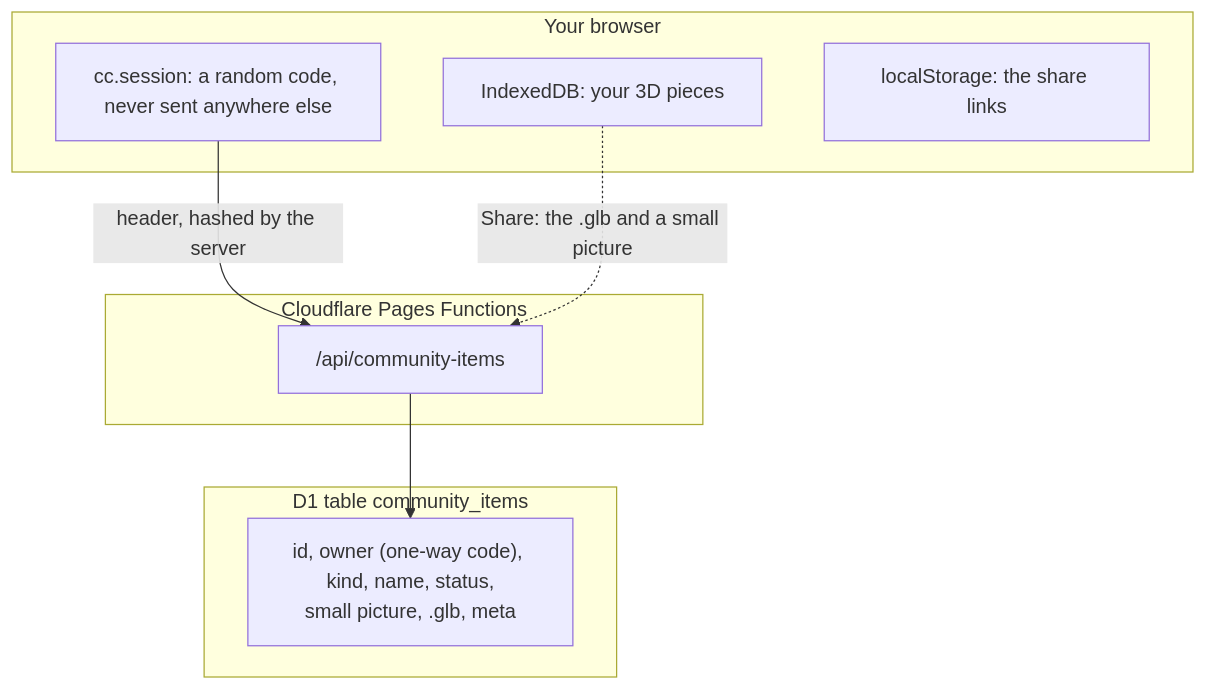
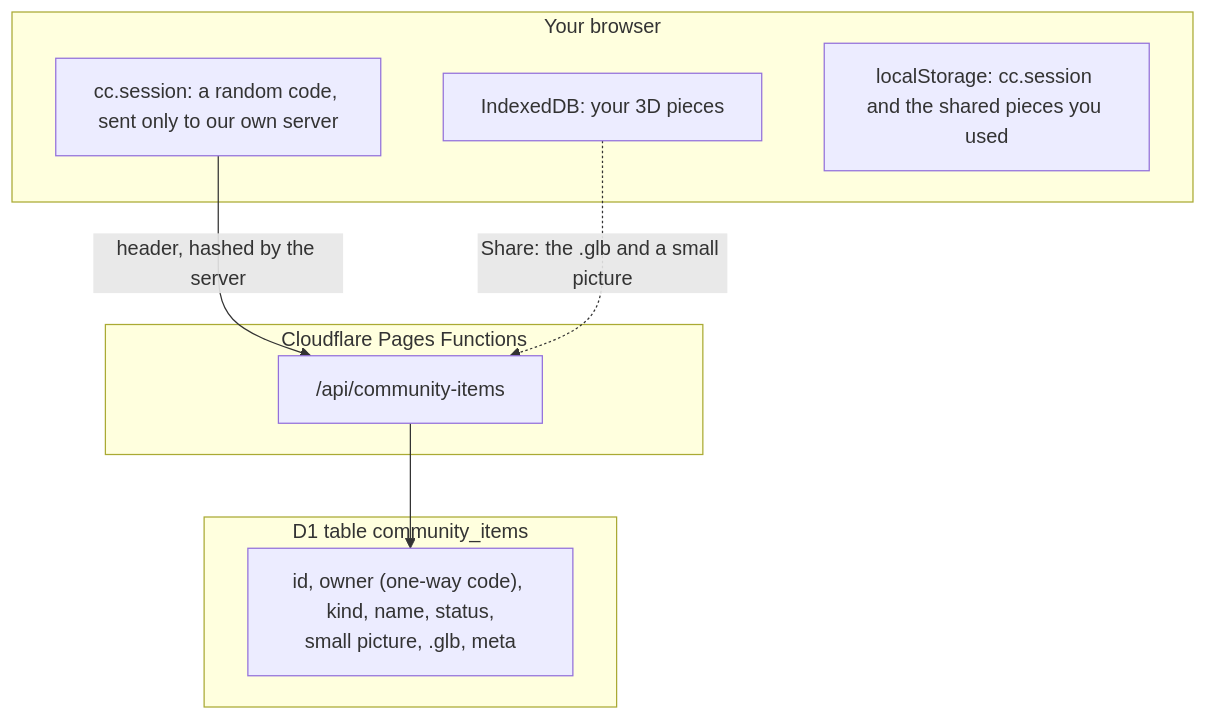
Before and after one commit to gitgithan/conquercourse: the third of 4 diagrams in docs/community-flow-guide.md, drawn with Mermaid. The commit also changed other lines of this file and 4 other files, not shown here.

````diff
--- a/docs/community-flow-guide.md
+++ b/docs/community-flow-guide.md
@@ -118,17 +118,17 @@
 ```mermaid
 flowchart TB
   subgraph Browser["Your browser"]
-    S["cc.session: a random code, never sent anywhere else"]
+    S["cc.session: a random code, sent only to our own server"]
     IDB["IndexedDB: your 3D pieces"]
-    LS["localStorage: the share links"]
+    LS["localStorage: cc.session and the shared pieces you used"]
   end
   subgraph Pages["Cloudflare Pages Functions"]
     API["/api/community-items"]
   end
   subgraph D1["D1 table community_items"]
     R["id, owner (one-way code), kind, name, status,<br/>small picture, .glb, meta"]
   end
   S -->|header, hashed by the server| API
   IDB -. "Share: the .glb and a small picture" .-> API
   API --> R
 ```
````
